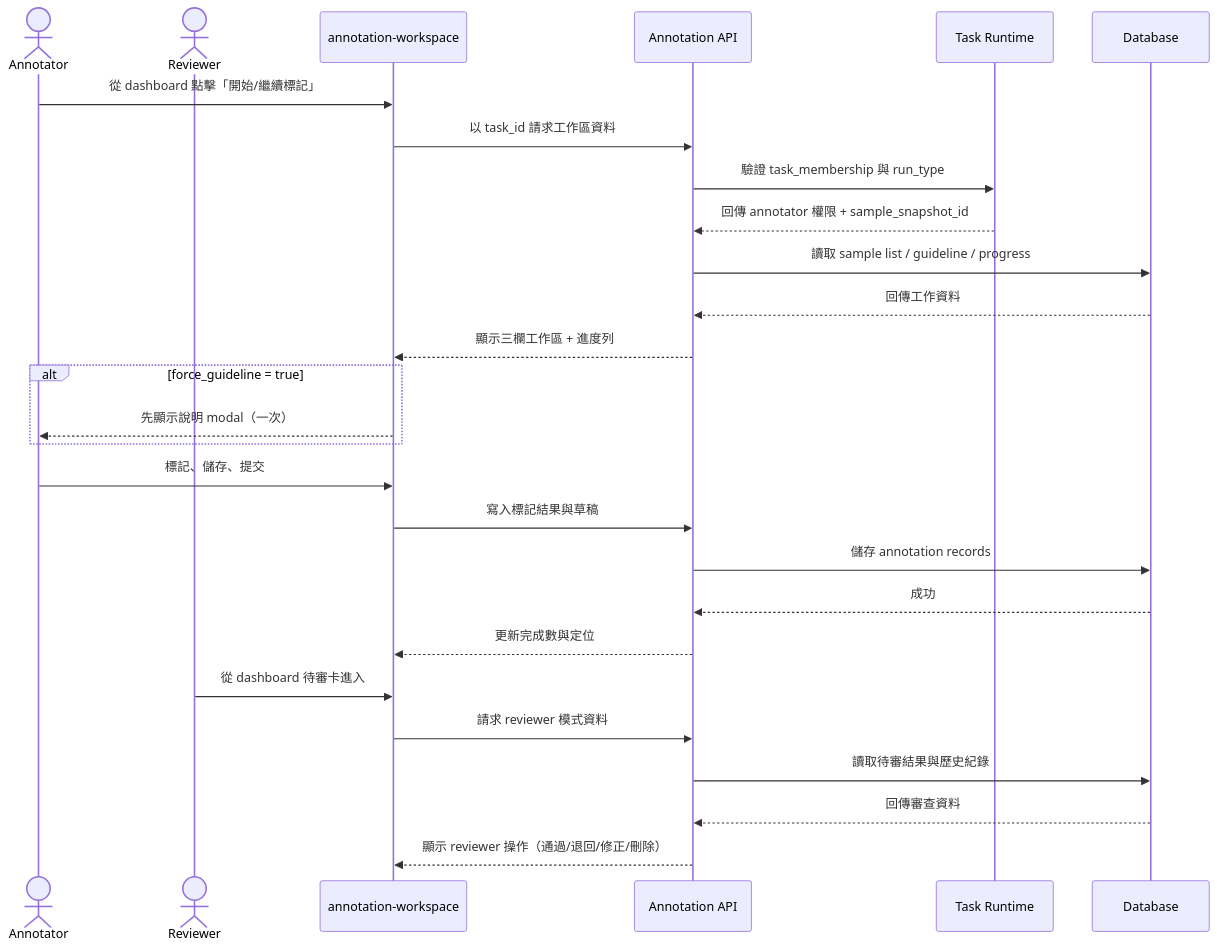
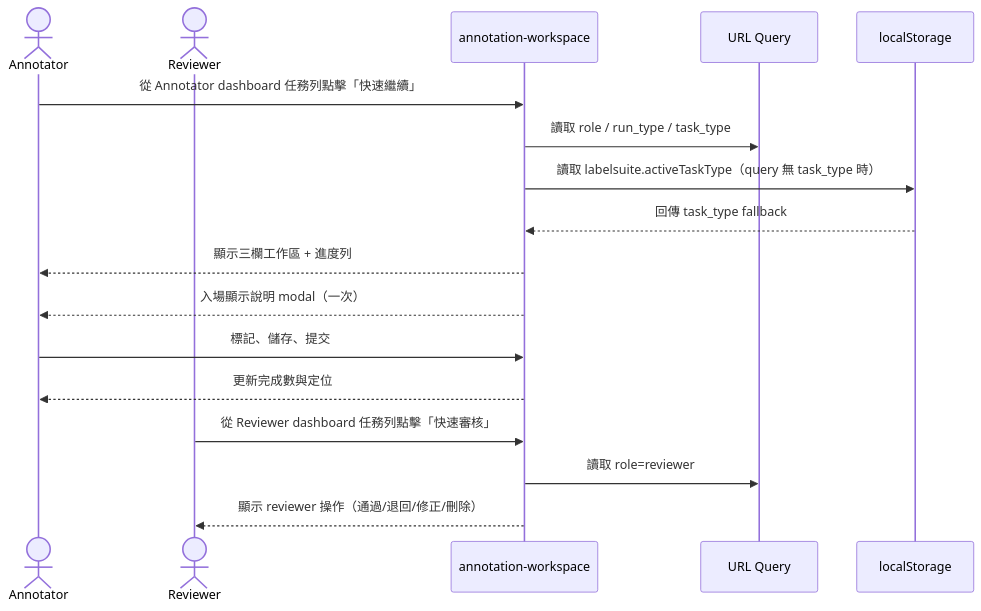
The first of 2 diagrams in specs/annotation/015-annotation-workspace/spec.md (singyichen/label-suite), drawn with Mermaid before and after one commit. The commit also changed other lines of this file and 8 other files, not shown here.

Commit message:
Sync annotation workspace routing and spec flows

````diff
--- a/specs/annotation/015-annotation-workspace/spec.md
+++ b/specs/annotation/015-annotation-workspace/spec.md
@@ -29,32 +31,21 @@
 ```mermaid
 sequenceDiagram
     actor AN as Annotator
     actor RV as Reviewer
     participant UI as annotation-workspace
-    participant API as Annotation API
-    participant Task as Task Runtime
-    participant DB as Database
+    participant Query as URL Query
+    participant Storage as localStorage
 
-    AN->>UI: 從 dashboard 點擊「開始/繼續標記」
-    UI->>API: 以 task_id 請求工作區資料
-    API->>Task: 驗證 task_membership 與 run_type
-    Task-->>API: 回傳 annotator 權限 + sample_snapshot_id
-    API->>DB: 讀取 sample list / guideline / progress
-    DB-->>API: 回傳工作資料
-    API-->>UI: 顯示三欄工作區 + 進度列
+    AN->>UI: 從 Annotator dashboard 任務列點擊「快速繼續」
+    UI->>Query: 讀取 role / run_type / task_type
+    UI->>Storage: 讀取 labelsuite.activeTaskType（query 無 task_type 時）
+    Storage-->>UI: 回傳 task_type fallback
+    UI-->>AN: 顯示三欄工作區 + 進度列
+    UI-->>AN: 入場顯示說明 modal（一次）
+    AN->>UI: 標記、儲存、提交
+    UI-->>AN: 更新完成數與定位
 
-    alt force_guideline = true
-        UI-->>AN: 先顯示說明 modal（一次）
-    end
-    AN->>UI: 標記、儲存、提交
-    UI->>API: 寫入標記結果與草稿
-    API->>DB: 儲存 annotation records
-    DB-->>API: 成功
-    API-->>UI: 更新完成數與定位
-
-    RV->>UI: 從 dashboard 待審卡進入
-    UI->>API: 請求 reviewer 模式資料
-    API->>DB: 讀取待審結果與歷史紀錄
-    DB-->>API: 回傳審查資料
-    API-->>UI: 顯示 reviewer 操作（通過/退回/修正/刪除）
+    RV->>UI: 從 Reviewer dashboard 任務列點擊「快速審核」
+    UI->>Query: 讀取 role=reviewer
+    UI-->>RV: 顯示 reviewer 操作（通過/退回/修正/刪除）
 ```
````
